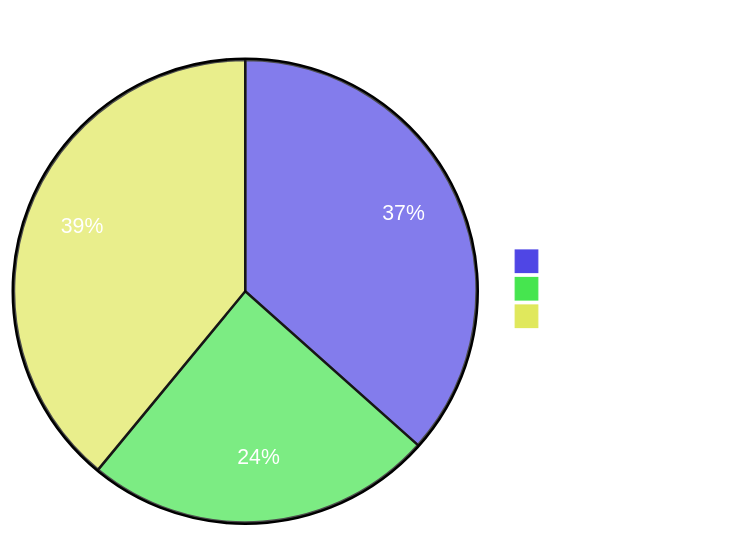
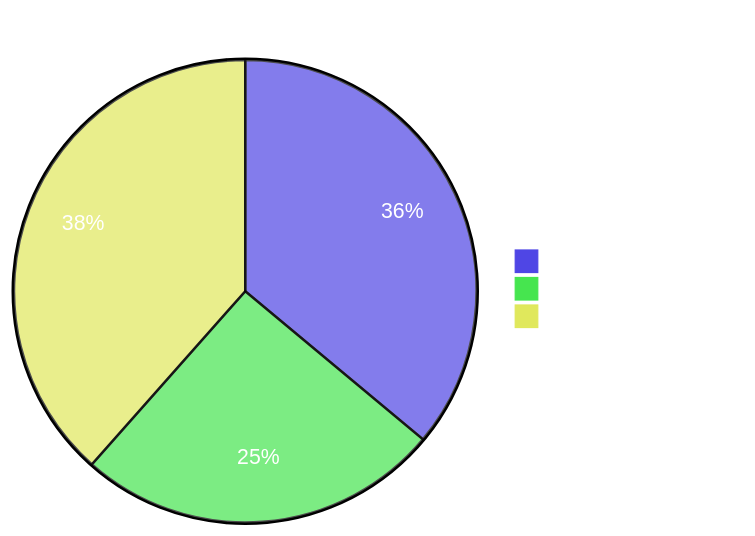
Before and after one commit to Neal75418/afterclose: the first of 3 diagrams in docs/TEST_COVERAGE_PLAN.md, drawn with Mermaid. The commit also changed other lines of this file and 40 other files, not shown here.

````diff
--- a/docs/TEST_COVERAGE_PLAN.md
+++ b/docs/TEST_COVERAGE_PLAN.md
@@ -7,7 +9,7 @@
 ```mermaid
 %%{init: {'theme': 'base', 'themeVariables': {'primaryColor': '#4F46E5', 'primaryTextColor': '#fff', 'primaryBorderColor': '#3730A3', 'pieOuterStrokeWidth': '2px', 'fontSize': '14px'}}}%%
-pie showData title 測試進度（2460+ cases）
+pie showData title 測試進度（2496+ cases）
     "Domain 層" : 900
-    "Data 層" : 600
+    "Data 層" : 636
     "Presentation 層" : 960
 ```
````
